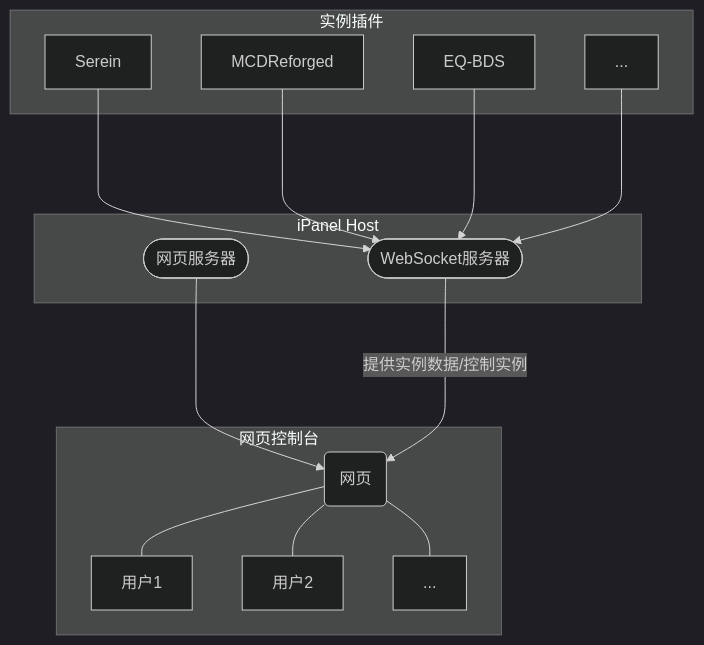
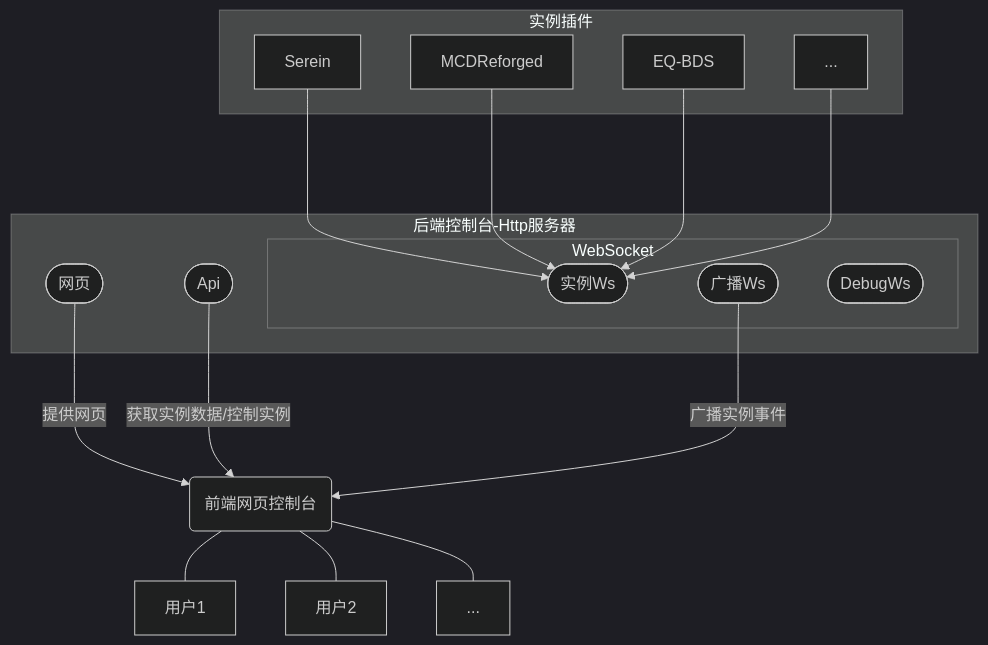
One commit to iPanelDev/ipaneldev.github.io changed the diagram in docs/guide/composition/README.mdx. Above: the diagram before and after it, drawn with Mermaid (dark theme). The commit also changed other lines of this file and 64 other files, not shown here.

````diff
--- a/docs/guide/composition/README.mdx
+++ b/docs/guide/composition/README.mdx
@@ -9,33 +11,37 @@
 ```mermaid
 flowchart TB
-    subgraph iPanel Host
-    ws(["WebSocket服务器"])
-    web(["网页服务器"])
+    subgraph 后端控制台-Http服务器
+    subgraph WebSocket
+    ws1(["实例Ws"])
+    ws2(["广播Ws"])
+    ws3(["DebugWs"])
+    end
+    web(["网页"])
+    api(["Api"])
     end
     
     subgraph 实例插件
     i1["Serein"]
     i2["MCDReforged"]
     i3["EQ-BDS"]
     i4["..."]
     end
     
-    i1 ---> ws
-    i2 ---> ws
-    i3 ---> ws
-    i4 ---> ws
+    i1 ---> ws1
+    i2 ---> ws1
+    i3 ---> ws1
+    i4 ---> ws1
 
-    subgraph 网页控制台
     u1["用户1"]
     u2["用户2"]
     u3["..."]
-    website("网页")
-    end
-    
-    web ---> website
+    website("前端网页控制台")
+
     website --- u1
     website --- u2
     website --- u3
 
-    ws --->|"提供实例数据/控制实例"| website
+    web --->|"提供网页"| website
+    api --->|"获取实例数据/控制实例"| website
+    ws2 --->|"广播实例事件"| website
 ```
````
